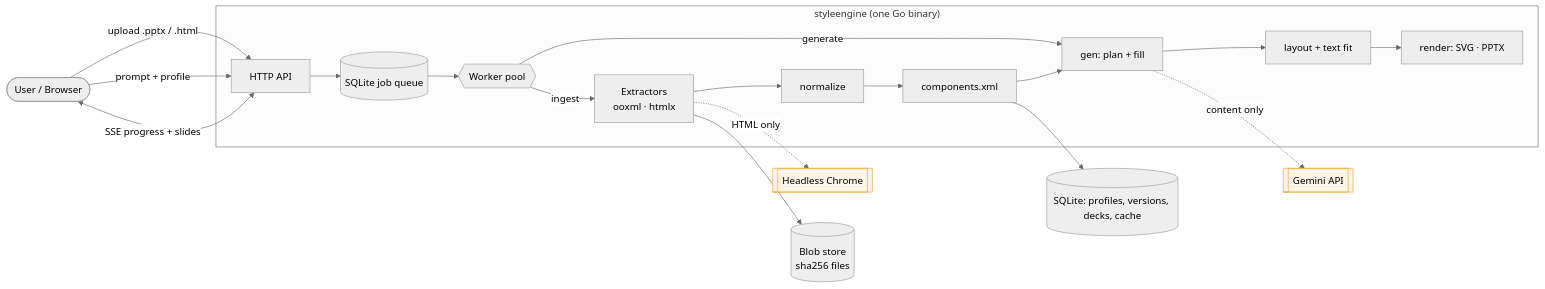
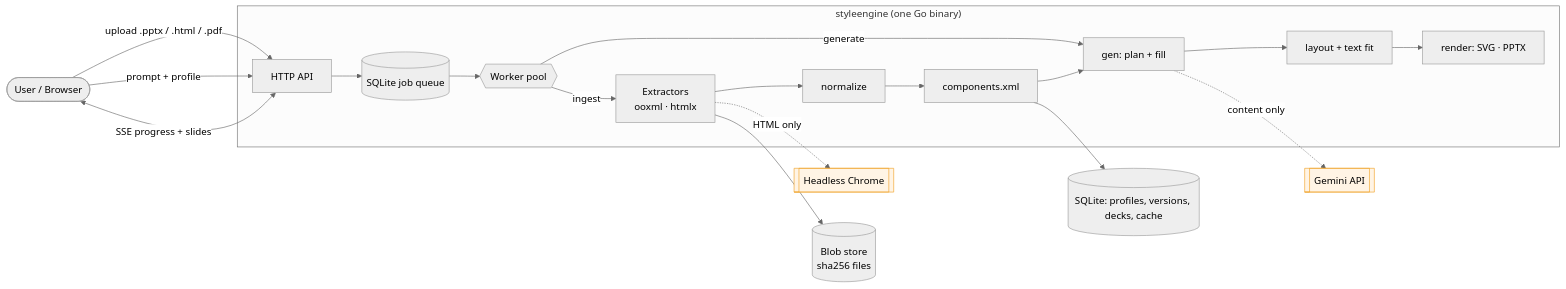
One commit to ashutoshm97/curly-engine changed the first of 7 diagrams in docs/DESIGN.md. Above: the diagram before and after it, drawn with Mermaid (neutral theme). The commit also changed other lines of this file and 12 other files, not shown here.

````diff
--- a/docs/DESIGN.md
+++ b/docs/DESIGN.md
@@ -18,26 +18,26 @@
 ```mermaid
 flowchart LR
-    U([User / Browser]) -->|upload .pptx / .html| API
+    U([User / Browser]) -->|upload .pptx / .html / .pdf| API
     U -->|prompt + profile| API
     API <-->|SSE progress + slides| U
 
     subgraph BIN["styleengine (one Go binary)"]
         API[HTTP API] --> Q[(SQLite job queue)]
         Q --> W{{Worker pool}}
         W -->|ingest| EX[Extractors<br/>ooxml · htmlx]
         EX --> N[normalize]
         N --> XML[components.xml]
         W -->|generate| G[gen: plan + fill]
         G --> L[layout + text fit]
         L --> R[render: SVG · PPTX]
         XML --> G
     end
 
     EX -.HTML only.-> CH[[Headless Chrome]]
     G -.content only.-> GM[[Gemini API]]
     XML --> DB[(SQLite: profiles, versions, decks, cache)]
     EX --> BL[(Blob store<br/>sha256 files)]
 
     classDef ext fill:#fff4e5,stroke:#f0a020
     class CH,GM ext
 ```
````
